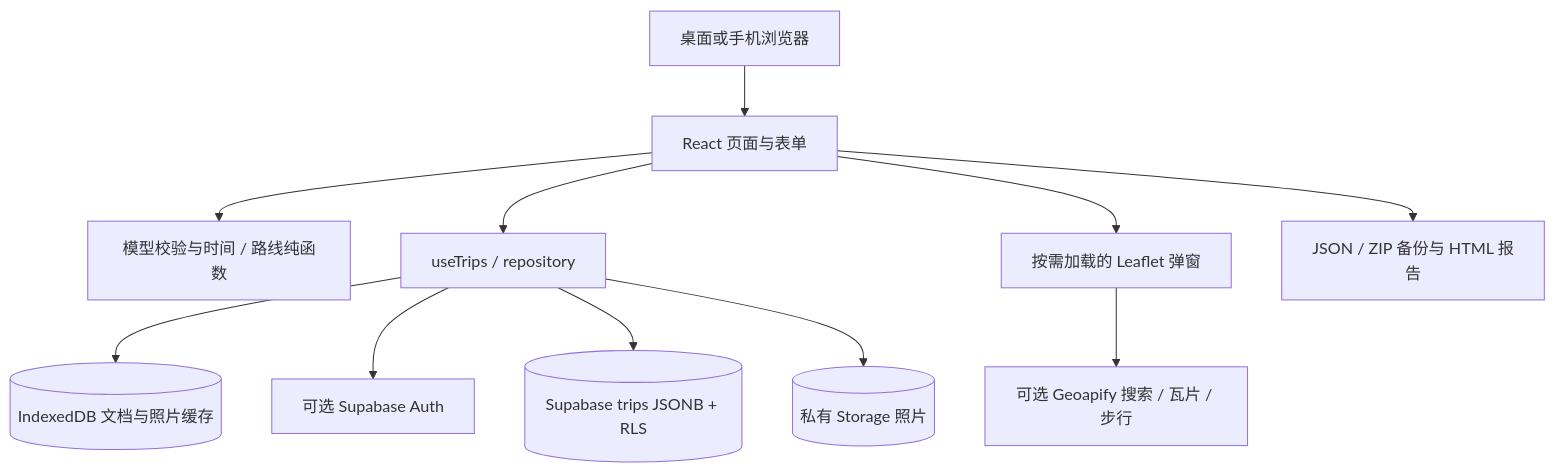
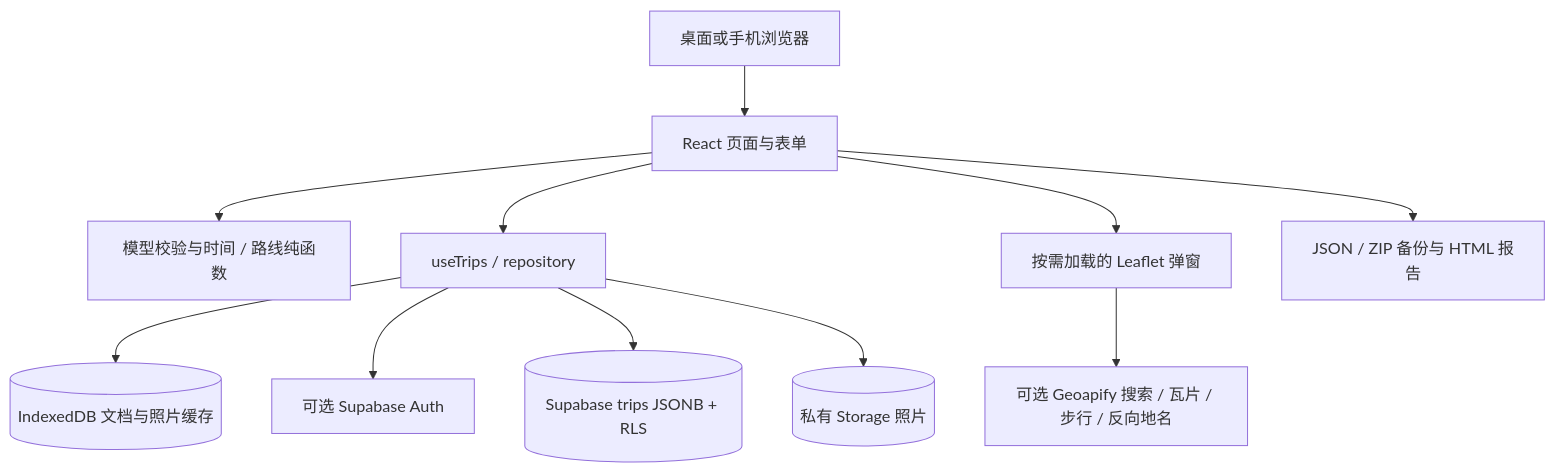
The diagram in docs/AI项目架构与改进指南.md (TheoryOfTheWest/tripflow), drawn with Mermaid before and after one commit. The commit also changed other lines of this file and 21 other files, not shown here.

````diff
--- a/docs/AI项目架构与改进指南.md
+++ b/docs/AI项目架构与改进指南.md
@@ -44,13 +44,13 @@
 ```mermaid
 flowchart TD
   U[桌面或手机浏览器] --> UI[React 页面与表单]
   UI --> T[模型校验与时间 / 路线纯函数]
   UI --> H[useTrips / repository]
   H --> L[(IndexedDB 文档与照片缓存)]
   H --> A[可选 Supabase Auth]
   H --> D[(Supabase trips JSONB + RLS)]
   H --> S[(私有 Storage 照片)]
   UI --> M[按需加载的 Leaflet 弹窗]
-  M --> G[可选 Geoapify 搜索 / 瓦片 / 步行]
+  M --> G[可选 Geoapify 搜索 / 瓦片 / 步行 / 反向地名]
   UI --> B[JSON / ZIP 备份与 HTML 报告]
 ```
````
